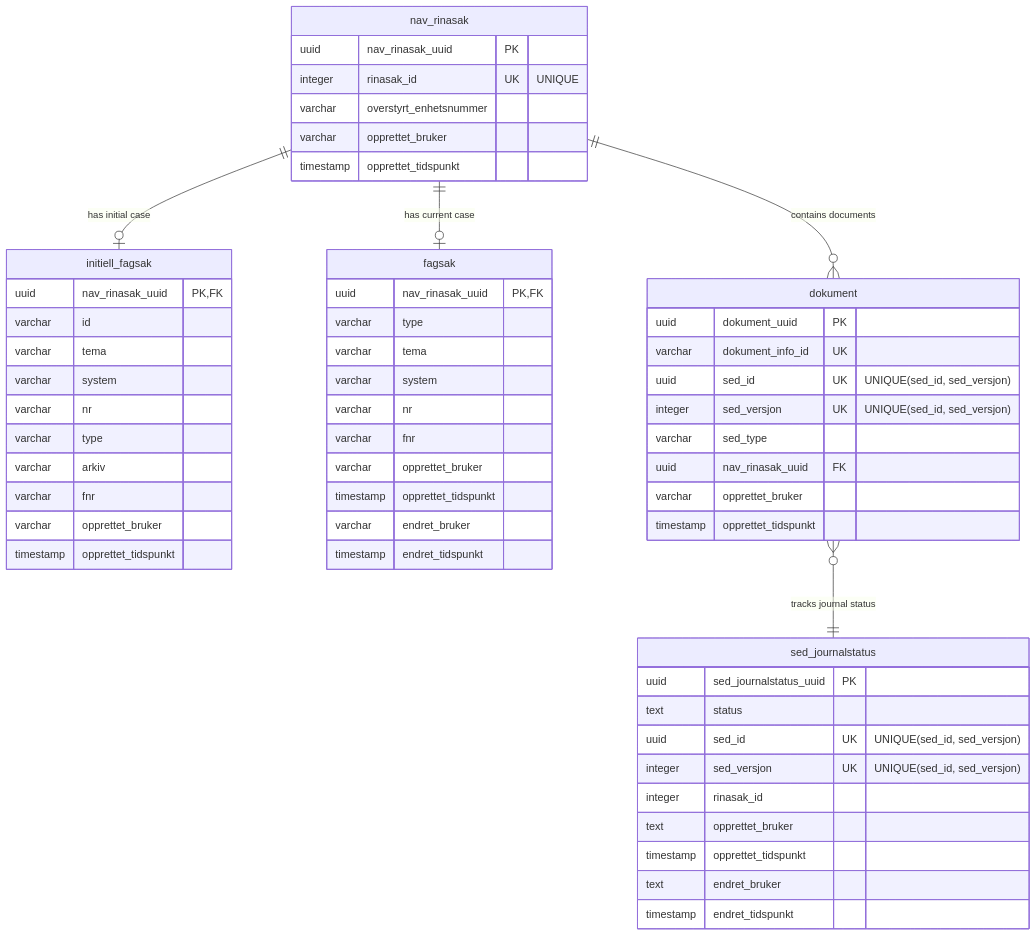
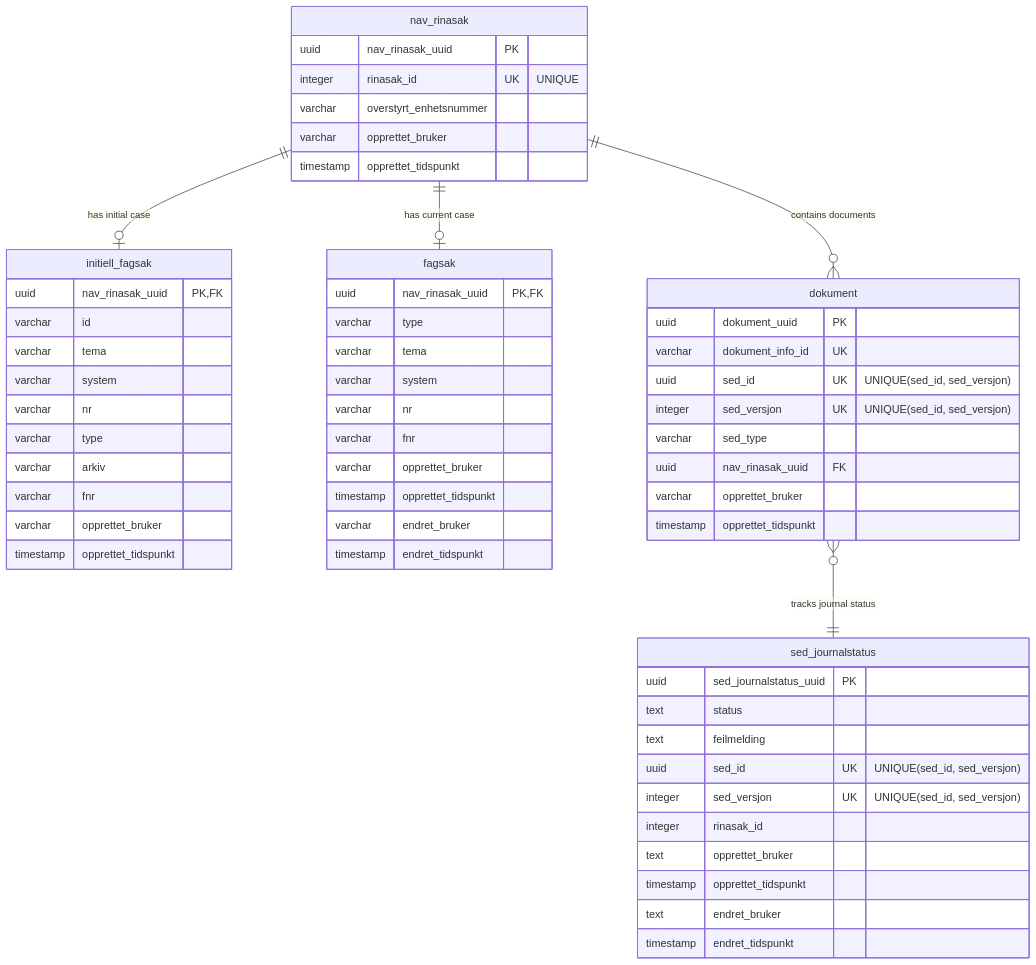
One commit to navikt/eux-nav-rinasak changed the diagram in readme.md. Above: the diagram before and after it, drawn with Mermaid.

Commit message:
docs: update readme to match current implementation (#32)

````diff
--- a/readme.md
+++ b/readme.md
@@ -54,64 +54,65 @@
 ```mermaid
 erDiagram
     nav_rinasak {
         uuid nav_rinasak_uuid PK
         integer rinasak_id UK "UNIQUE"
         varchar overstyrt_enhetsnummer
         varchar opprettet_bruker
         timestamp opprettet_tidspunkt
     }
     
     initiell_fagsak {
         uuid nav_rinasak_uuid PK,FK
         varchar id
         varchar tema
         varchar system
         varchar nr
         varchar type
         varchar arkiv
         varchar fnr
         varchar opprettet_bruker
         timestamp opprettet_tidspunkt
     }
     
     fagsak {
         uuid nav_rinasak_uuid PK,FK
         varchar type
         varchar tema
         varchar system
         varchar nr
         varchar fnr
         varchar opprettet_bruker
         timestamp opprettet_tidspunkt
         varchar endret_bruker
         timestamp endret_tidspunkt
     }
     
     dokument {
         uuid dokument_uuid PK
         varchar dokument_info_id UK
         uuid sed_id UK "UNIQUE(sed_id, sed_versjon)"
         integer sed_versjon UK "UNIQUE(sed_id, sed_versjon)"
         varchar sed_type
         uuid nav_rinasak_uuid FK
         varchar opprettet_bruker
         timestamp opprettet_tidspunkt
     }
     
     sed_journalstatus {
         uuid sed_journalstatus_uuid PK
         text status
+        text feilmelding
         uuid sed_id UK "UNIQUE(sed_id, sed_versjon)"
         integer sed_versjon UK "UNIQUE(sed_id, sed_versjon)"
         integer rinasak_id
         text opprettet_bruker
         timestamp opprettet_tidspunkt
         text endret_bruker
         timestamp endret_tidspunkt
     }
 
     nav_rinasak ||--o| initiell_fagsak : "has initial case"
     nav_rinasak ||--o| fagsak : "has current case"
     nav_rinasak ||--o{ dokument : "contains documents"
     dokument }o--|| sed_journalstatus : "tracks journal status"
 ```
````
